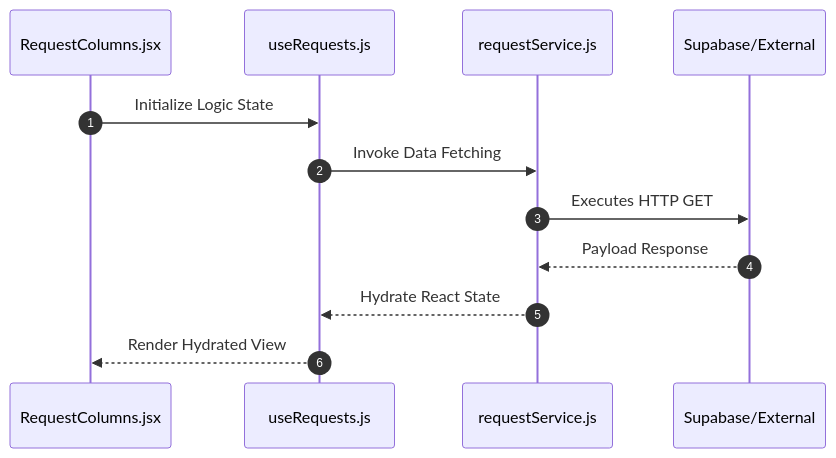
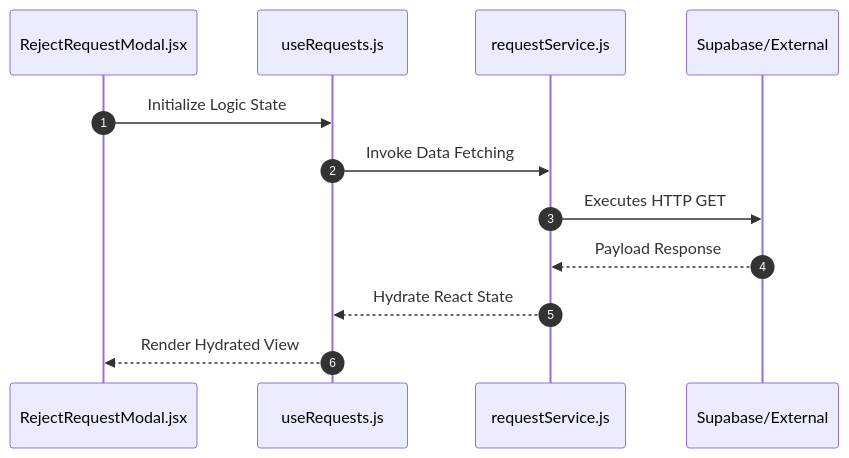
One commit to nexowebai/nexo-superadmin changed the second of 2 diagrams in src/features/requests/README.md. Above: the diagram before and after it, drawn with Mermaid. The commit also changed other lines of this file and 142 other files, not shown here.

````diff
--- a/src/features/requests/README.md
+++ b/src/features/requests/README.md
@@ -38,15 +40,15 @@
 ```mermaid
 sequenceDiagram
 autonumber
-    participant P as RequestColumns.jsx
+    participant P as RejectRequestModal.jsx
     participant H as useRequests.js
     participant S as requestService.js
     participant API as Supabase/External
 
     P->>H: Initialize Logic State
     H->>S: Invoke Data Fetching
     S->>API: Executes HTTP GET
     API-->>S: Payload Response
     S-->>H: Hydrate React State
     H-->>P: Render Hydrated View
 ```
````
